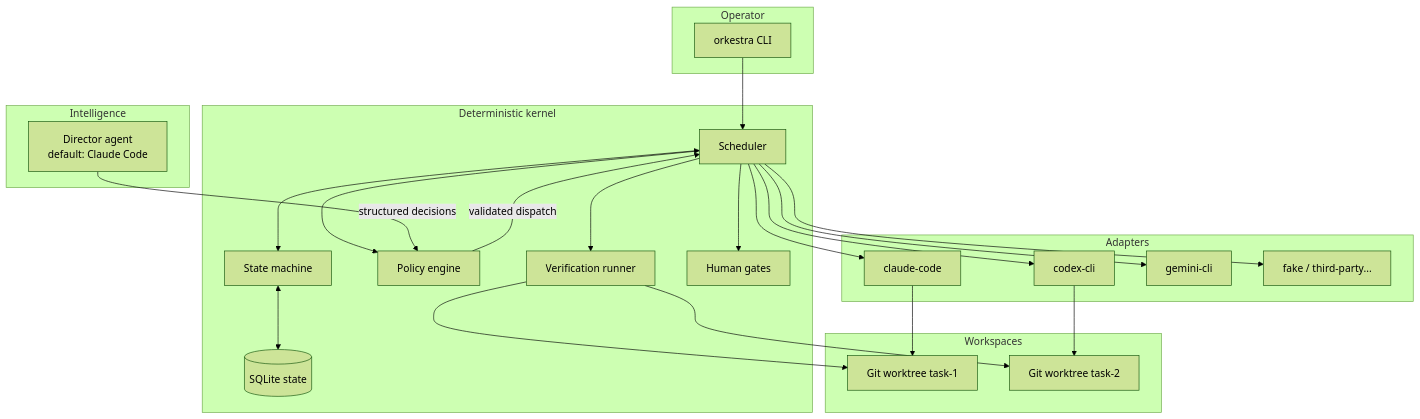
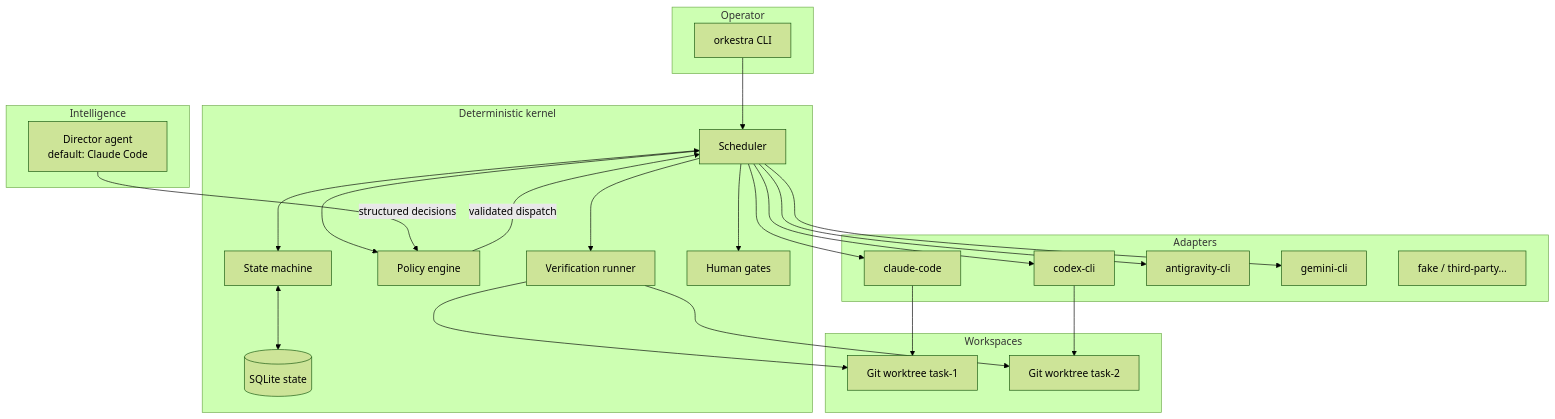
Before and after one commit to andyyaro/orkestra: the first of 4 diagrams in docs/architecture/ARCHITECTURE.md, drawn with Mermaid (forest theme). The commit also changed other lines of this file and 19 other files, not shown here.

````diff
--- a/docs/architecture/ARCHITECTURE.md
+++ b/docs/architecture/ARCHITECTURE.md
@@ -17,38 +19,39 @@
 ```mermaid
 flowchart TB
     subgraph Operator
         CLI[orkestra CLI]
     end
     subgraph Kernel[Deterministic kernel]
         SCH[Scheduler]
         SM[State machine]
         POL[Policy engine]
         VER[Verification runner]
         GATE[Human gates]
         DB[(SQLite state)]
     end
     subgraph Intelligence
         DIR[Director agent<br/>default: Claude Code]
     end
     subgraph Adapters
         A1[claude-code]
         A2[codex-cli]
-        A3[gemini-cli]
-        A4[fake / third-party...]
+        A3[antigravity-cli]
+        A4[gemini-cli]
+        A5[fake / third-party...]
     end
     subgraph Workspaces
         W1[Git worktree task-1]
         W2[Git worktree task-2]
     end
     CLI --> SCH
     SCH <--> SM <--> DB
     SCH --> POL
     DIR -- structured decisions --> POL
     POL -- validated dispatch --> SCH
     SCH --> A1 & A2 & A3 & A4
     A1 --> W1
     A2 --> W2
     VER --> W1 & W2
     SCH --> VER
     SCH --> GATE
 ```
````
